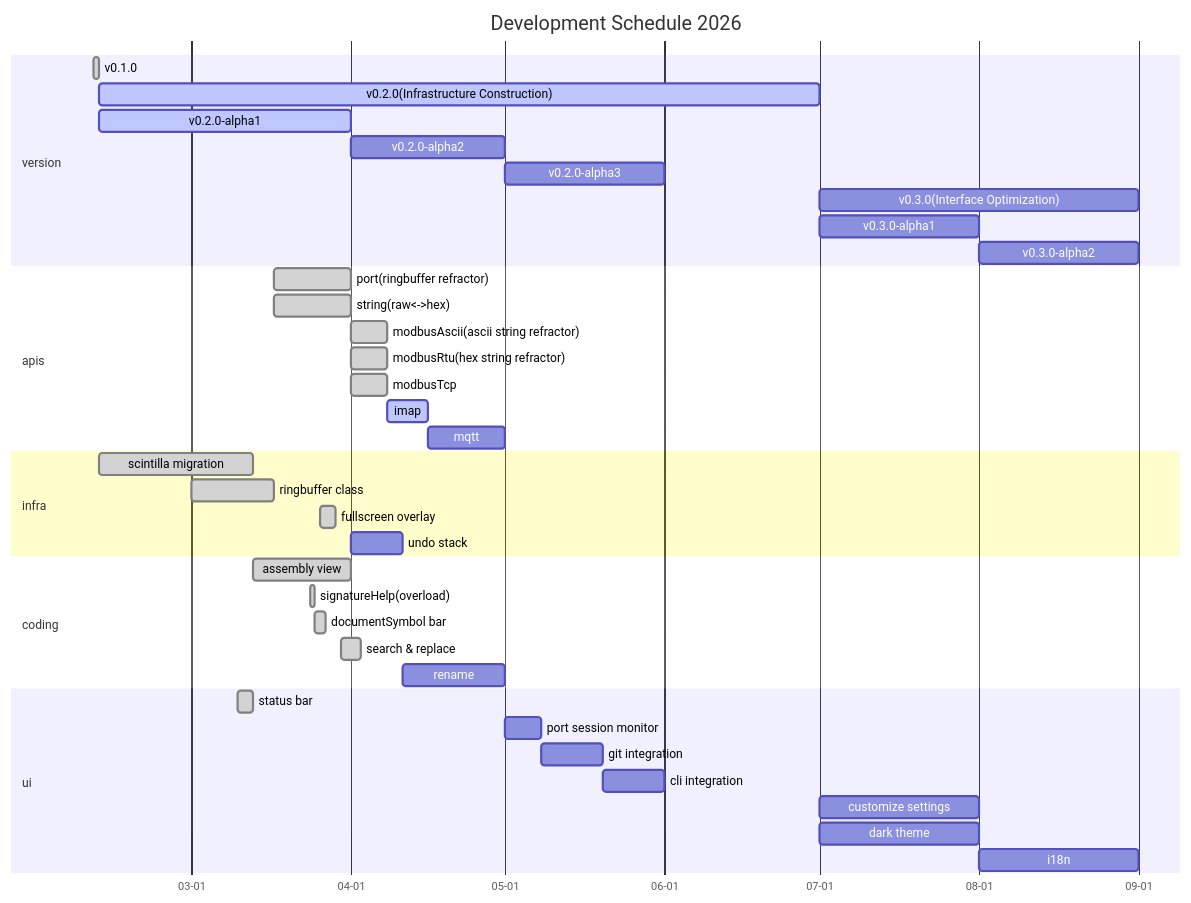
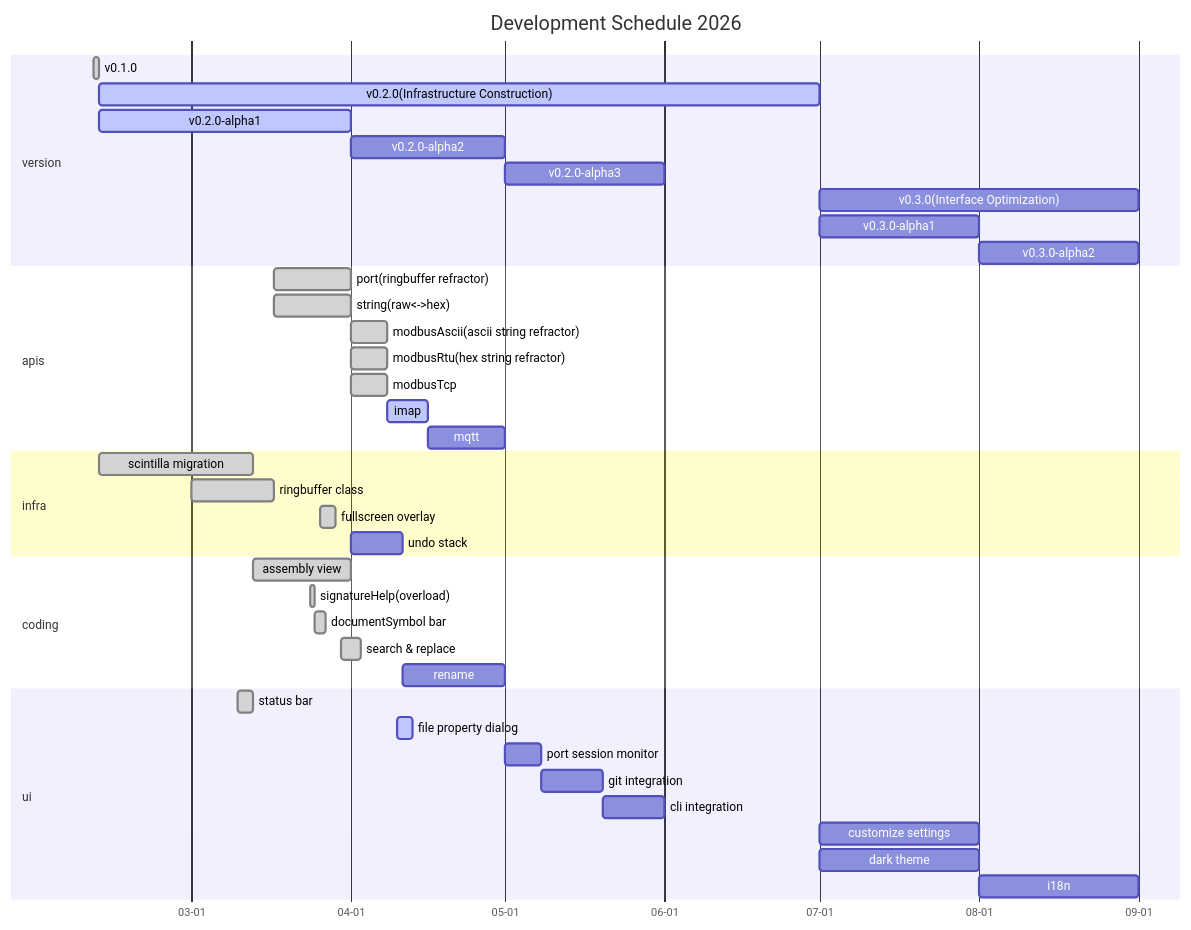
The second of 3 diagrams in README.md (zyt20001205/UniComm2), drawn with Mermaid before and after one commit. The commit also changed 12 other files, not shown here.

Commit message:
working on property dialog, permission wip

````diff
--- a/README.md
+++ b/README.md
@@ -79,48 +79,49 @@
 ```mermaid
 gantt
     title Development Schedule 2026
     dateFormat MM-DD
     axisFormat %m-%d
     tickInterval 1month
 
     section version
         v0.1.0: done, 02-10, 1d
         v0.2.0(Infrastructure Construction): active, 02-11, 140d
         v0.2.0-alpha1: active, 02-11, 49d
         v0.2.0-alpha2: 04-01, 30d
         v0.2.0-alpha3: 05-01, 31d
         v0.3.0(Interface Optimization): 07-01, 62d
         v0.3.0-alpha1: 07-01, 31d
         v0.3.0-alpha2: 08-01, 31d
 
     section apis
         port(ringbuffer refractor): done, 03-17, 15d
         string(raw<->hex): done, 03-17, 15d
         modbusAscii(ascii string refractor): done, 04-01, 7d
         modbusRtu(hex string refractor): done, 04-01, 7d
         modbusTcp: done, 04-01, 7d
         imap: active, 04-08, 8d
         mqtt: 04-16, 15d
 
     section infra
         scintilla migration: done, 02-11, 30d
         ringbuffer class: done, 03-01, 16d
         fullscreen overlay: done, 03-26, 3d
         undo stack: 04-01, 10d
 
     section coding
         assembly view: done, 03-13, 19d
         signatureHelp(overload): done, 03-24, 1d
         documentSymbol bar: done, 03-25, 2d
         search & replace: done, 03-30, 4d
         rename: 04-11, 20d
 
     section ui
         status bar: done, 03-10, 3d
+        file property dialog: active, 04-10, 3d
         port session monitor: 05-01, 7d
         git integration: 05-08, 12d
         cli integration: 05-20, 12d
         customize settings: 07-01, 31d
         dark theme: 07-01, 31d
         i18n: 08-01, 31d
 ```
````
